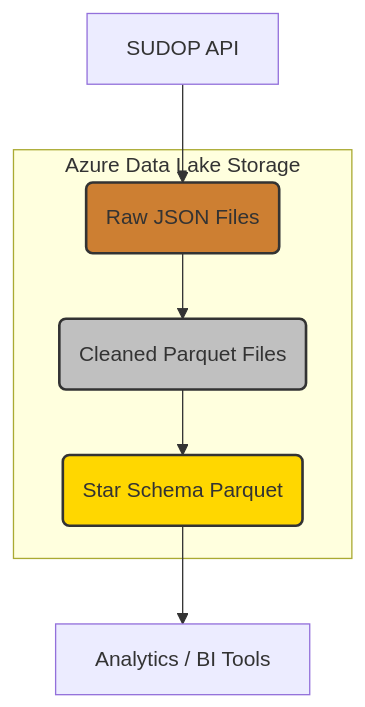
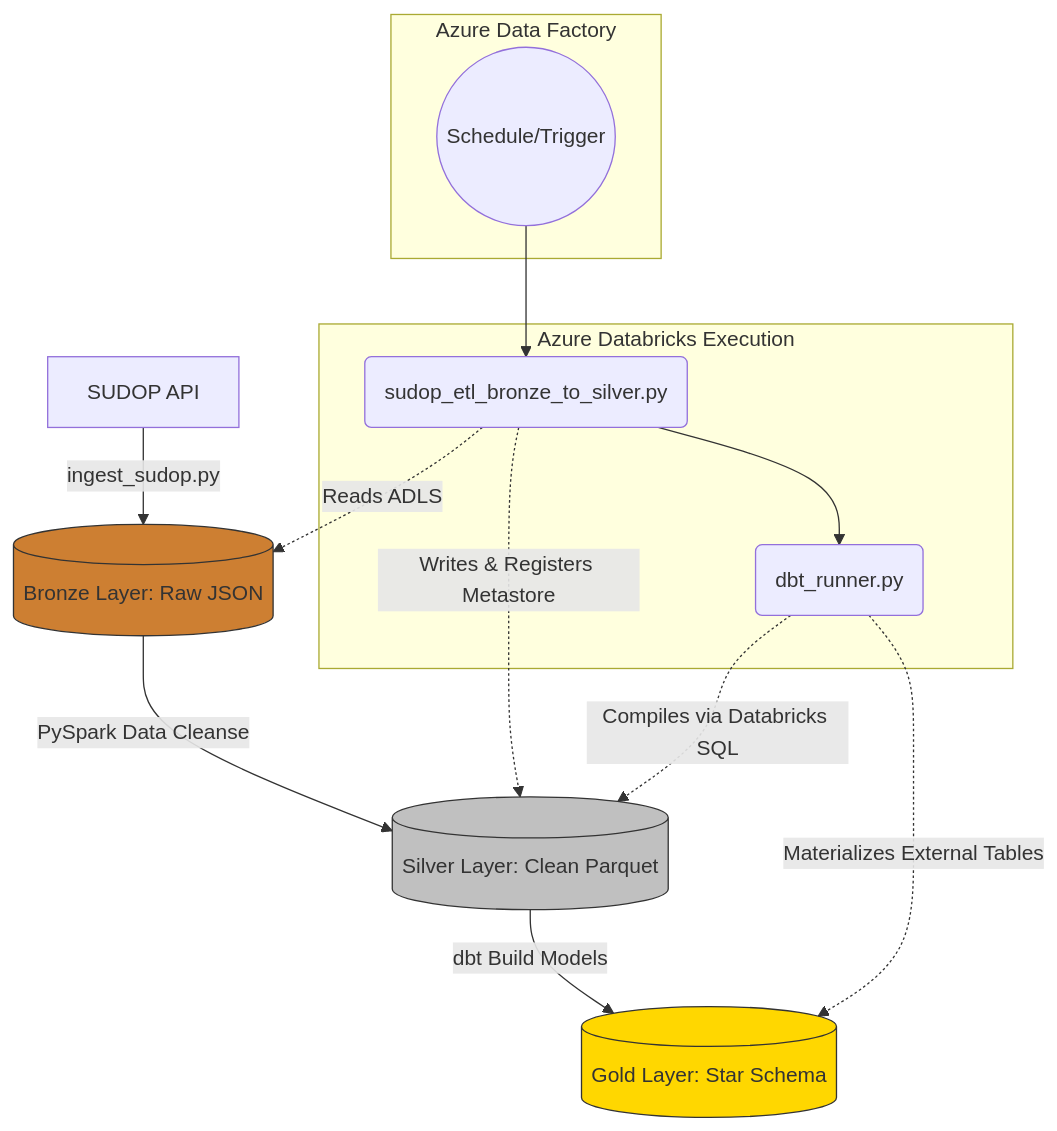
One commit to cdfre0/etl_project changed the diagram in README.md. Above: the diagram before and after it, drawn with Mermaid. The commit also changed other lines of this file and 3 other files, not shown here.

Commit message:
Update architecture diagram and operational showcase images in README

````diff
--- a/README.md
+++ b/README.md
@@ -9,17 +9,25 @@
 ```mermaid
 graph TD
-    A[SUDOP API] --> B[Bronze Layer];
-    B --> C[Silver Layer];
-    C --> D[Gold Layer];
-    D --> E[Analytics / BI Tools];
-
-    subgraph "Azure Data Lake Storage"
-        B(Raw JSON Files);
-        C(Cleaned Parquet Files);
-        D(Star Schema Parquet);
+    A[SUDOP API] -->|ingest_sudop.py| B[(Bronze Layer: Raw JSON)];
+    B -->|PySpark Data Cleanse| C[(Silver Layer: Clean Parquet)];
+    C -->|dbt Build Models| D[(Gold Layer: Star Schema)];
+    
+    subgraph "Azure Databricks Execution"
+        E(sudop_etl_bronze_to_silver.py);
+        F(dbt_runner.py);
     end
 
-    style B fill:#CD7F32,stroke:#333,stroke-width:2px
-    style C fill:#C0C0C0,stroke:#333,stroke-width:2px
-    style D fill:#FFD700,stroke:#333,stroke-width:2px
+    E -.->|Reads ADLS| B
+    E -.->|Writes & Registers Metastore| C
+    F -.->|Compiles via Databricks SQL| C
+    F -.->|Materializes External Tables| D
+
+    subgraph "Azure Data Factory"
+        trigger((Schedule/Trigger)) --> E
+        E --> F
+    end
+
+    style B fill:#CD7F32,stroke:#333
+    style C fill:#C0C0C0,stroke:#333
+    style D fill:#FFD700,stroke:#333
 ```
````
